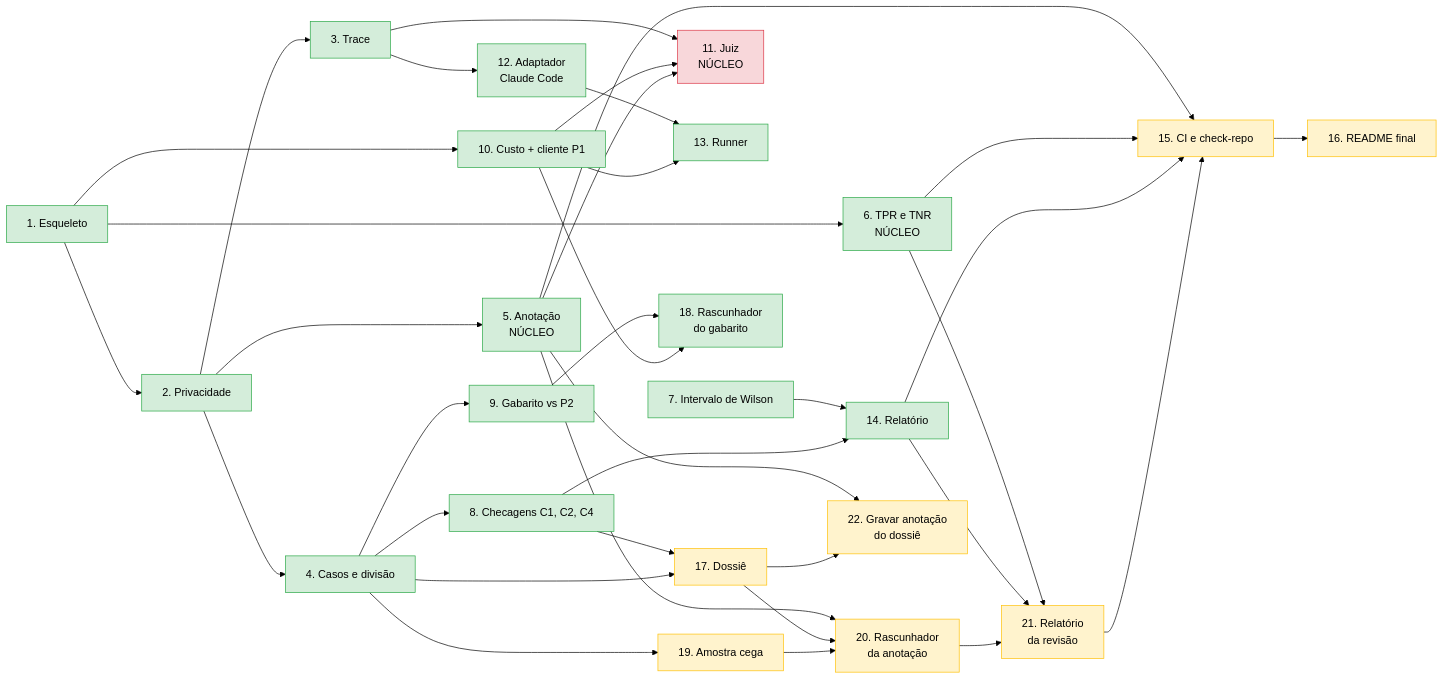
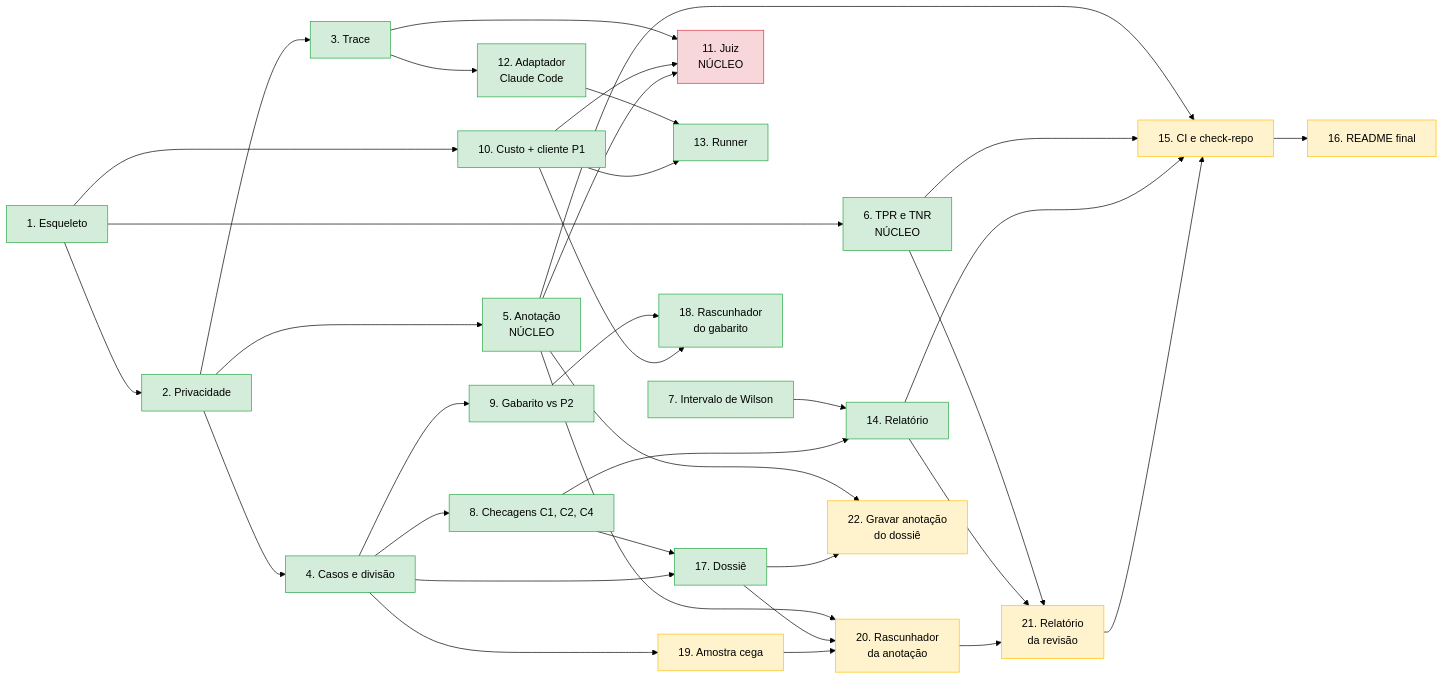
Before and after one commit to CristianonCarvalho/harness-p3-evals: the diagram in docs/diagramas/09-ordem-das-tarefas.md, drawn with Mermaid (forest theme). The commit also changed other lines of this file and 5 other files, not shown here.

````diff
--- a/docs/diagramas/09-ordem-das-tarefas.md
+++ b/docs/diagramas/09-ordem-das-tarefas.md
@@ -5,49 +5,49 @@
 ```mermaid
 flowchart LR
     t1["1. Esqueleto"] --> t2["2. Privacidade"]
     t2 --> t3["3. Trace"]
     t2 --> t4["4. Casos e divisão"]
     t4 --> t8["8. Checagens C1, C2, C4"]
     t7["7. Intervalo de Wilson"] --> t14["14. Relatório"]
     t8 --> t14
     t4 --> t9["9. Gabarito vs P2"]
     t1 --> t10["10. Custo + cliente P1"]
 
     t2 --> t5["5. Anotação<br/>NÚCLEO"]
     t1 --> t6["6. TPR e TNR<br/>NÚCLEO"]
     t3 --> t11["11. Juiz<br/>NÚCLEO"]
     t10 --> t11
     t5 --> t11
 
     t3 --> t12["12. Adaptador<br/>Claude Code"]
     t12 --> t13["13. Runner"]
     t10 --> t13
 
     t5 --> t15["15. CI e check-repo"]
     t6 --> t15
     t14 --> t15
     t15 --> t16["16. README final"]
 
     t8 --> t17["17. Dossiê"]
     t4 --> t17
     t9 --> t18["18. Rascunhador<br/>do gabarito"]
     t10 --> t18
     t4 --> t19["19. Amostra cega"]
     t5 --> t20["20. Rascunhador<br/>da anotação"]
     t17 --> t20
     t19 --> t20
     t6 --> t21["21. Relatório<br/>da revisão"]
     t14 --> t21
     t20 --> t21
     t21 --> t15
     t5 --> t22["22. Gravar anotação<br/>do dossiê"]
     t17 --> t22
 
     classDef feito fill:#d4edda,stroke:#28a745,color:#000
     classDef falta fill:#fff3cd,stroke:#ffc107,color:#000
     classDef seu fill:#f8d7da,stroke:#dc3545,color:#000
 
-    class t1,t2,t3,t4,t5,t6,t7,t8,t9,t10,t12,t13,t14,t18 feito
-    class t15,t16,t17,t19,t20,t21,t22 falta
+    class t1,t2,t3,t4,t5,t6,t7,t8,t9,t10,t12,t13,t14,t17,t18 feito
+    class t15,t16,t19,t20,t21,t22 falta
     class t11 seu
 ```
````
